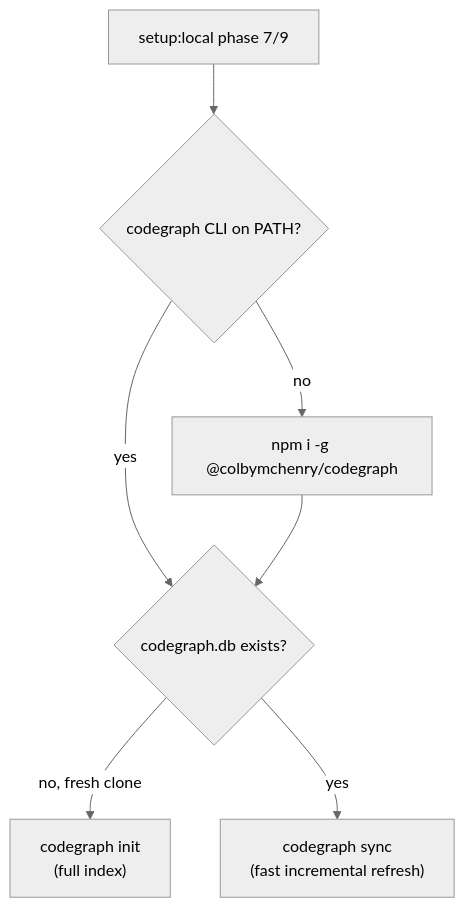
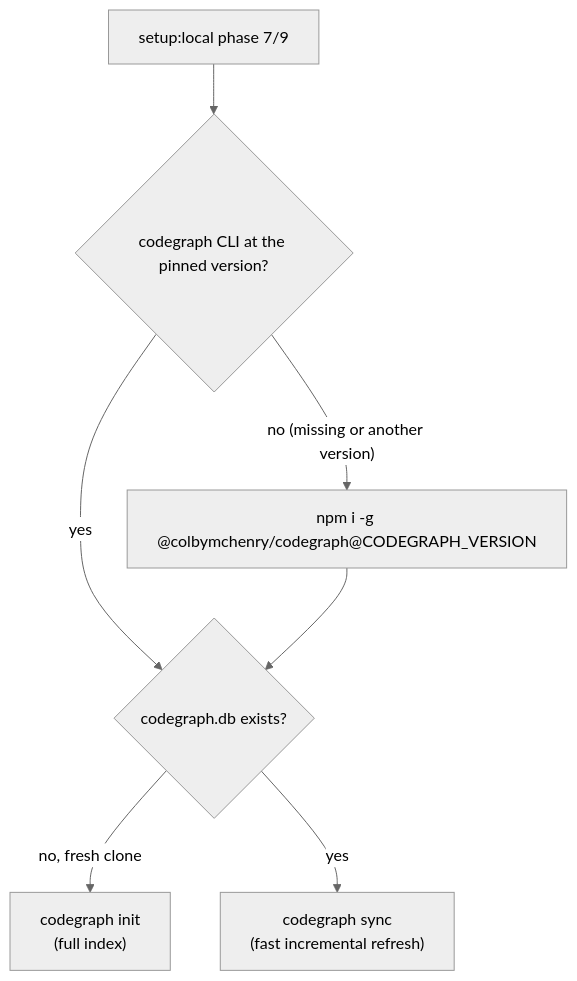
One commit to albetrios/clinozy-be changed the diagram in docs/integrations/codegraph.md. Above: the diagram before and after it, drawn with Mermaid (neutral theme). The commit also changed other lines of this file and 24 other files, not shown here.

````diff
--- a/docs/integrations/codegraph.md
+++ b/docs/integrations/codegraph.md
@@ -37,9 +37,9 @@
 ```mermaid
 flowchart TD
-  A[setup:local phase 7/9] --> B{codegraph CLI on PATH?}
-  B -- no --> C[npm i -g @colbymchenry/codegraph]
+  A[setup:local phase 7/9] --> B{codegraph CLI at the pinned version?}
+  B -- "no (missing or another version)" --> C["npm i -g @colbymchenry/codegraph@CODEGRAPH_VERSION"]
   B -- yes --> D{codegraph.db exists?}
   C --> D
   D -- no, fresh clone --> E["codegraph init<br/>(full index)"]
   D -- yes --> F["codegraph sync<br/>(fast incremental refresh)"]
 ```
````
